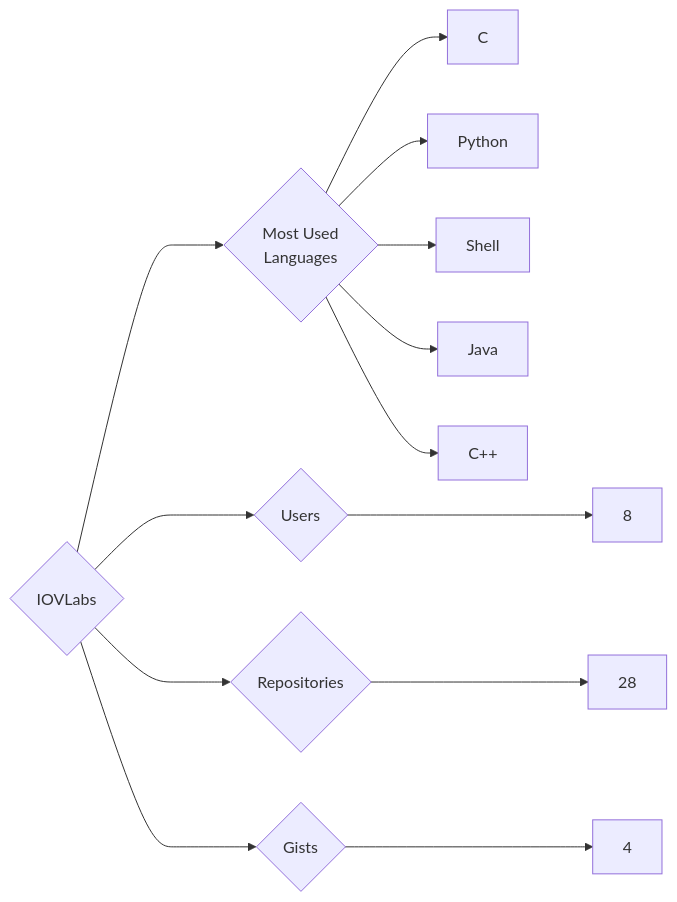
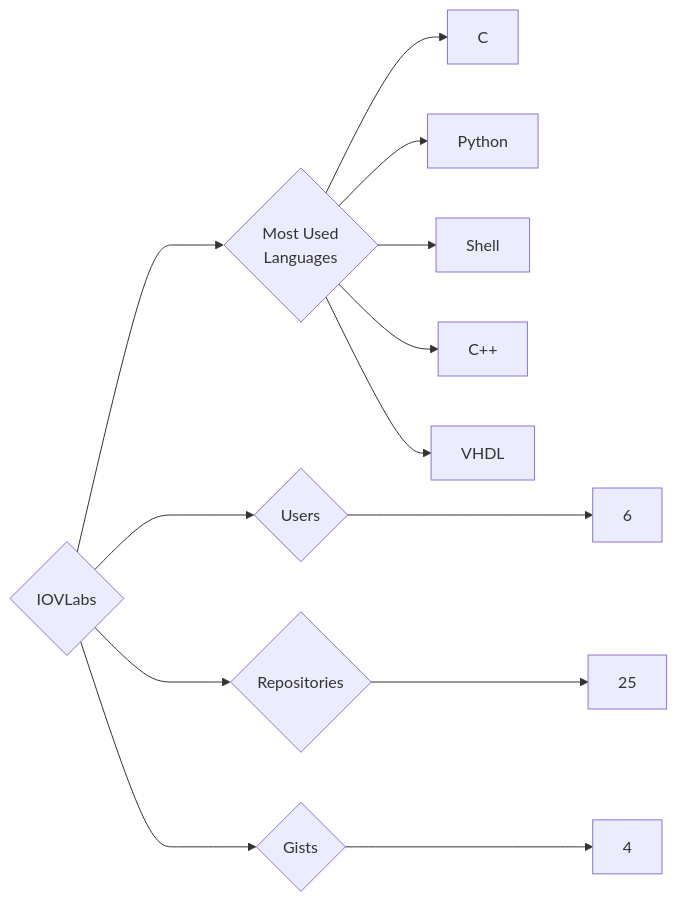
Before and after one commit to trickest/insiders: the diagram in targets/IOVLabs/README.md, drawn with Mermaid. The commit also changed 985 other files, not shown here.

````diff
--- a/targets/IOVLabs/README.md
+++ b/targets/IOVLabs/README.md
@@ -3,13 +3,13 @@
 ```mermaid
 graph LR
 COMPANY_NAME{IOVLabs}
-COMPANY_NAME ---> U{Users} ---> UN[8]
-COMPANY_NAME ---> R{Repositories} ---> RN[28]
+COMPANY_NAME ---> U{Users} ---> UN[6]
+COMPANY_NAME ---> R{Repositories} ---> RN[25]
 COMPANY_NAME ---> G{Gists} ---> GN[4]
 COMPANY_NAME ---> ML{Most Used<br>Languages}
 ML --> C[C]
 ML --> Python[Python]
 ML --> Shell[Shell]
-ML --> Java[Java]
 ML --> C++[C++]
+ML --> VHDL[VHDL]
 ```
````
